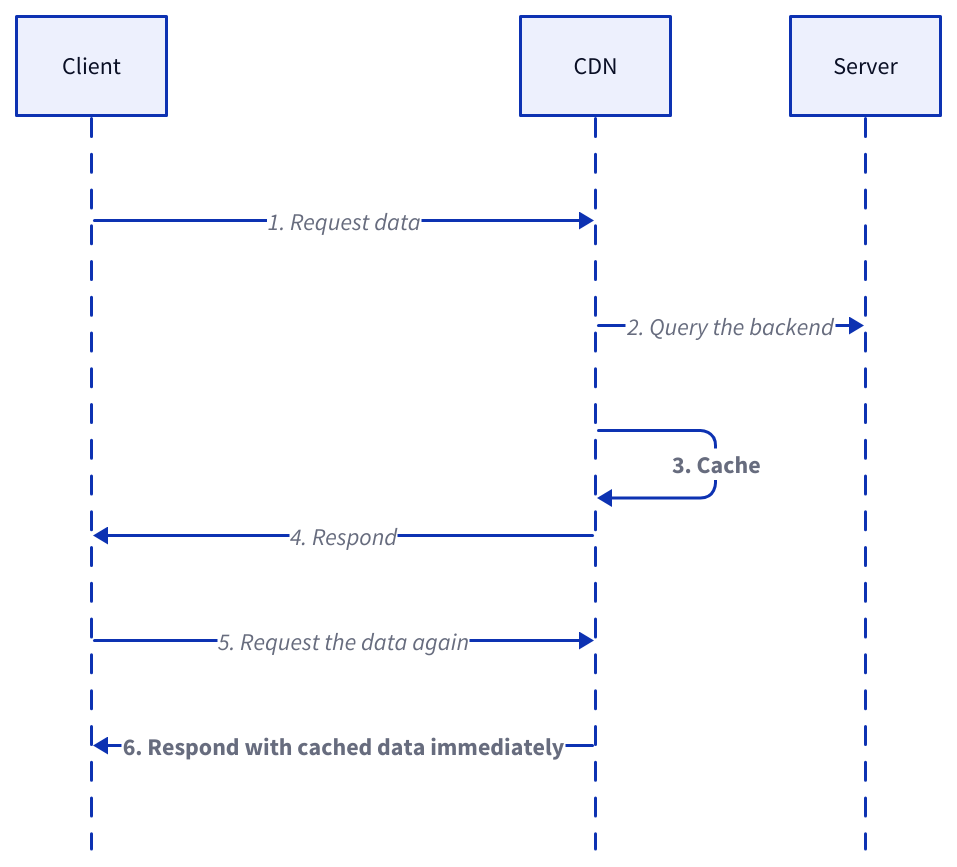
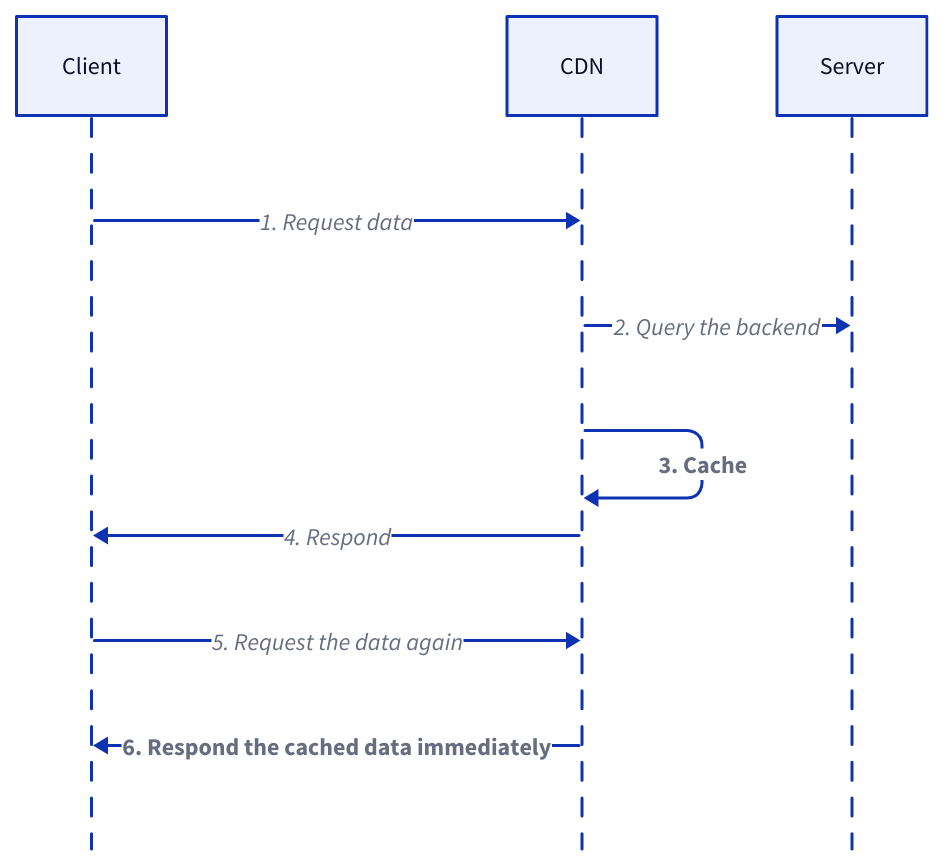
Before and after one commit to link1905/system-design-101: diagram 16 of 19 in content/docs/data-persistence/media-storage.md, drawn with D2. The commit also changed other lines of this file and 40 other files, not shown here.

````diff
--- a/content/docs/data-persistence/media-storage.md
+++ b/content/docs/data-persistence/media-storage.md
@@ -428,23 +482,23 @@
 ```d2
 shape: sequence_diagram
 c: Client {
   class: client
 }
 cdn: CDN {
   class: cdn
 }
 b: Server {
   class: server
 }
 
 c -> cdn: 1. Request data
 cdn -> b: 2. Query the backend
 cdn -> cdn: 3. Cache {
   style.bold: true
 }
 cdn -> c: 4. Respond
 c -> cdn: 5. Request the data again
-cdn -> c: 6. Respond with cached data immediately {
+cdn -> c: 6. Respond the cached data immediately {
   style.bold: true
 }
 ```
````
